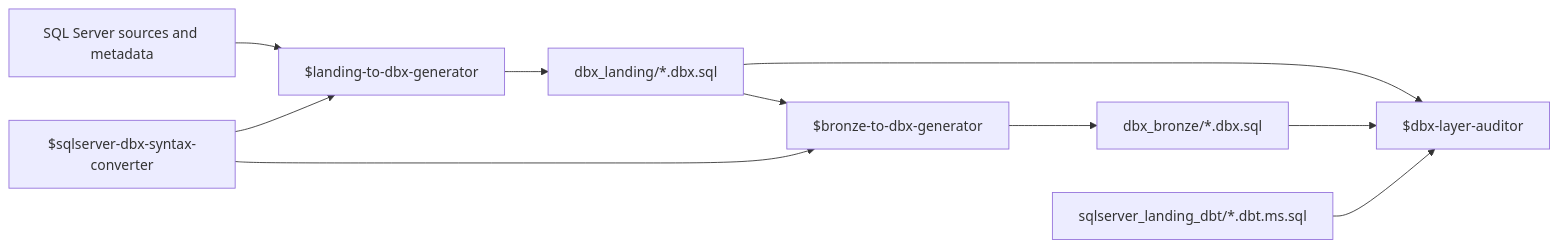
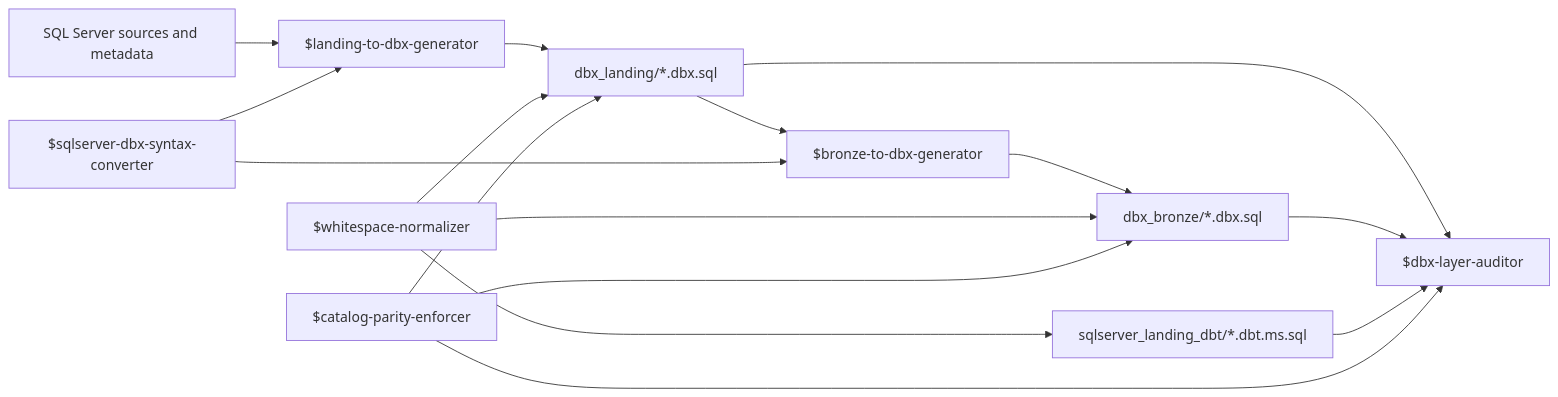
The second of 2 diagrams in README.md (enriqueescobar-it/bbank_dw), drawn with Mermaid before and after one commit. The commit also changed other lines of this file and 87 other files, not shown here.

````diff
--- a/README.md
+++ b/README.md
@@ -60,12 +80,18 @@
 ```mermaid
 flowchart LR
     A["SQL Server sources and metadata"] --> B["$landing-to-dbx-generator"]
     B --> C["dbx_landing/*.dbx.sql"]
     C --> D["$bronze-to-dbx-generator"]
     D --> E["dbx_bronze/*.dbx.sql"]
     F["$sqlserver-dbx-syntax-converter"] --> B
     F --> D
     C --> G["$dbx-layer-auditor"]
     E --> G
     H["sqlserver_landing_dbt/*.dbt.ms.sql"] --> G
+    I["$whitespace-normalizer"] --> C
+    I --> E
+    I --> H
+    J["$catalog-parity-enforcer"] --> C
+    J --> E
+    J --> G
 ```
````
